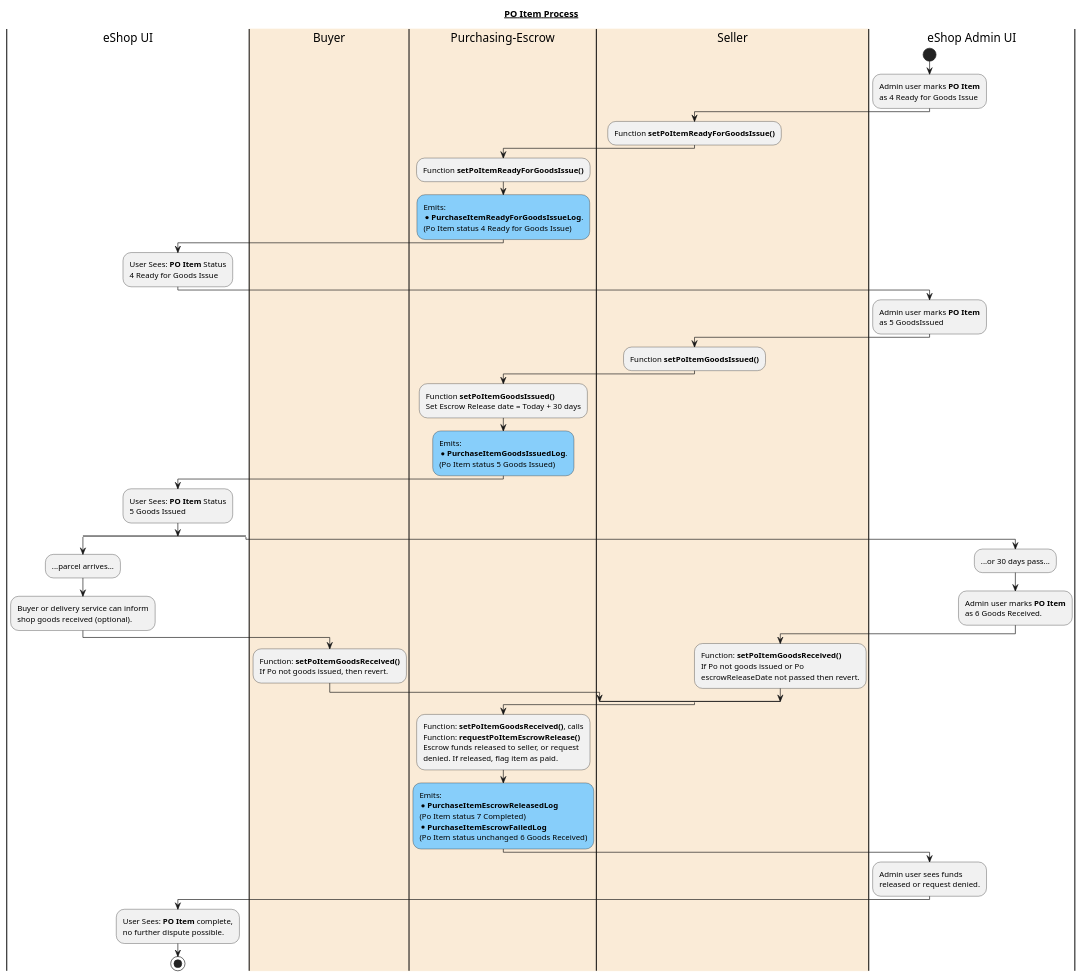
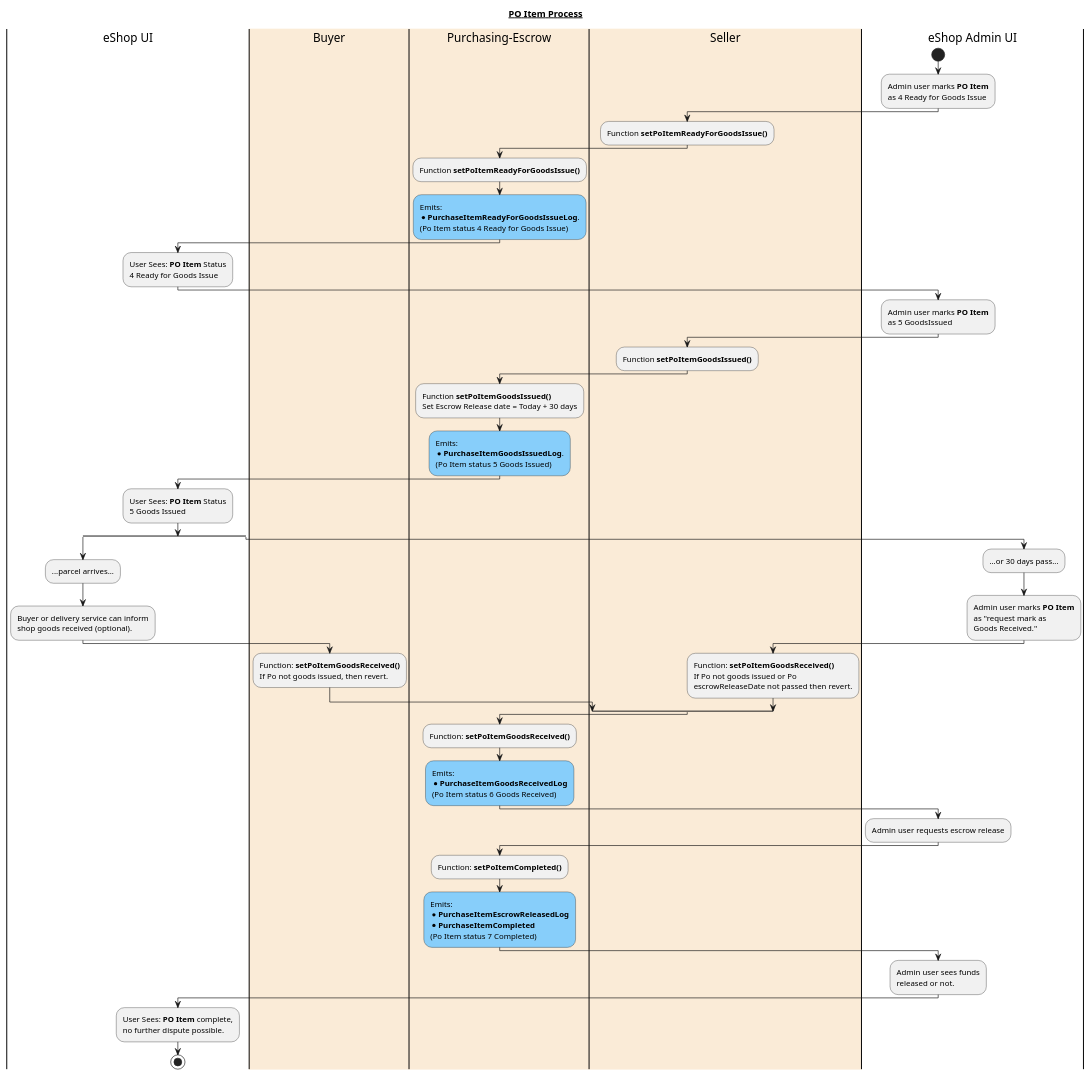
The diagram in resources/wiki/workflows/po_item_process.puml (Nethereum/Nethereum.eShop), drawn with PlantUML before and after one commit. The commit also changed 3 other files, not shown here.

Commit message:
Contract workflows diagrams updated

```diff
--- a/resources/wiki/workflows/po_item_process.puml
+++ b/resources/wiki/workflows/po_item_process.puml
@@ -2,96 +2,101 @@
 @startuml
 title __PO Item Process__
 
 ' Swimlanes
 |eShop UI|
 |#AntiqueWhite|Buyer| 
 |#AntiqueWhite|Purchasing-Escrow| 
 |#AntiqueWhite|Seller| 
 |eShop Admin UI|
 
 |eShop Admin UI|
 start
 :Admin user marks **PO Item**
 as 4 Ready for Goods Issue;
 
 |Seller|
 :Function **setPoItemReadyForGoodsIssue()**;
 
 |Purchasing-Escrow|
 :Function **setPoItemReadyForGoodsIssue()**;
 
 #LightSkyBlue:Emits:
 * **PurchaseItemReadyForGoodsIssueLog**.
 (Po Item status 4 Ready for Goods Issue);
 
 |eShop UI|
 :User Sees: **PO Item** Status
 4 Ready for Goods Issue;
 
 |eShop Admin UI|
 :Admin user marks **PO Item**
 as 5 GoodsIssued;
 
 |Seller|
 :Function **setPoItemGoodsIssued()**;
 
 |Purchasing-Escrow|
 :Function **setPoItemGoodsIssued()**
 Set Escrow Release date = Today + 30 days;
 
 #LightSkyBlue:Emits:
 * **PurchaseItemGoodsIssuedLog**.
 (Po Item status 5 Goods Issued);
 
 |eShop UI|
 :User Sees: **PO Item** Status
 5 Goods Issued;
 
 split
   |eShop UI|
   :...parcel arrives...;
   :Buyer or delivery service can inform
   shop goods received (optional).;
 
   |Buyer|
   :Function: **setPoItemGoodsReceived()**
   If Po not goods issued, then revert.;
 
 split again
   |eShop Admin UI|
   :...or 30 days pass...;
   
   |eShop Admin UI|
   :Admin user marks **PO Item**
-  as 6 Goods Received.;
+  as "request mark as
+  Goods Received.";
 
   |Seller|
   :Function: **setPoItemGoodsReceived()**
   If Po not goods issued or Po
   escrowReleaseDate not passed then revert.;
 
 endsplit
 
 |Purchasing-Escrow|
-:Function: **setPoItemGoodsReceived()**, calls
-Function: **requestPoItemEscrowRelease()**
-Escrow funds released to seller, or request
-denied. If released, flag item as paid.;
+:Function: **setPoItemGoodsReceived()**;
+#LightSkyBlue:Emits:
+* **PurchaseItemGoodsReceivedLog**
+(Po Item status 6 Goods Received);
 
+|eShop Admin UI|
+:Admin user requests escrow release;
+
+|Purchasing-Escrow|
+:Function: **setPoItemCompleted()**;
 #LightSkyBlue:Emits:
 * **PurchaseItemEscrowReleasedLog**
-(Po Item status 7 Completed)
-* **PurchaseItemEscrowFailedLog**
-(Po Item status unchanged 6 Goods Received);
+* **PurchaseItemCompleted**
+(Po Item status 7 Completed);
 
 |eShop Admin UI|
 :Admin user sees funds
-released or request denied.;
+released or not.;
 
 |eShop UI|
 :User Sees: **PO Item** complete,
 no further dispute possible.;
 
 stop
 
 @enduml
```
